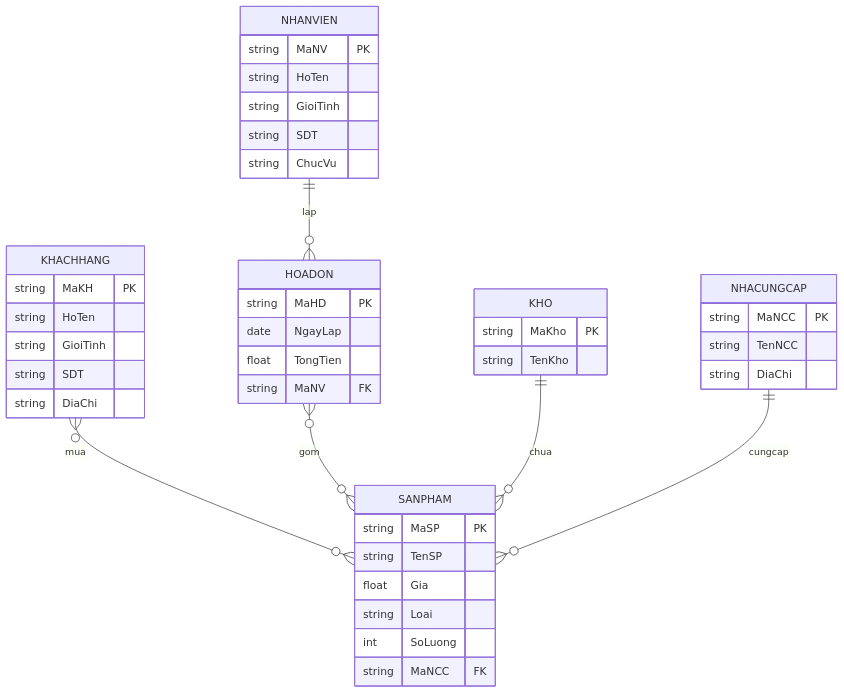
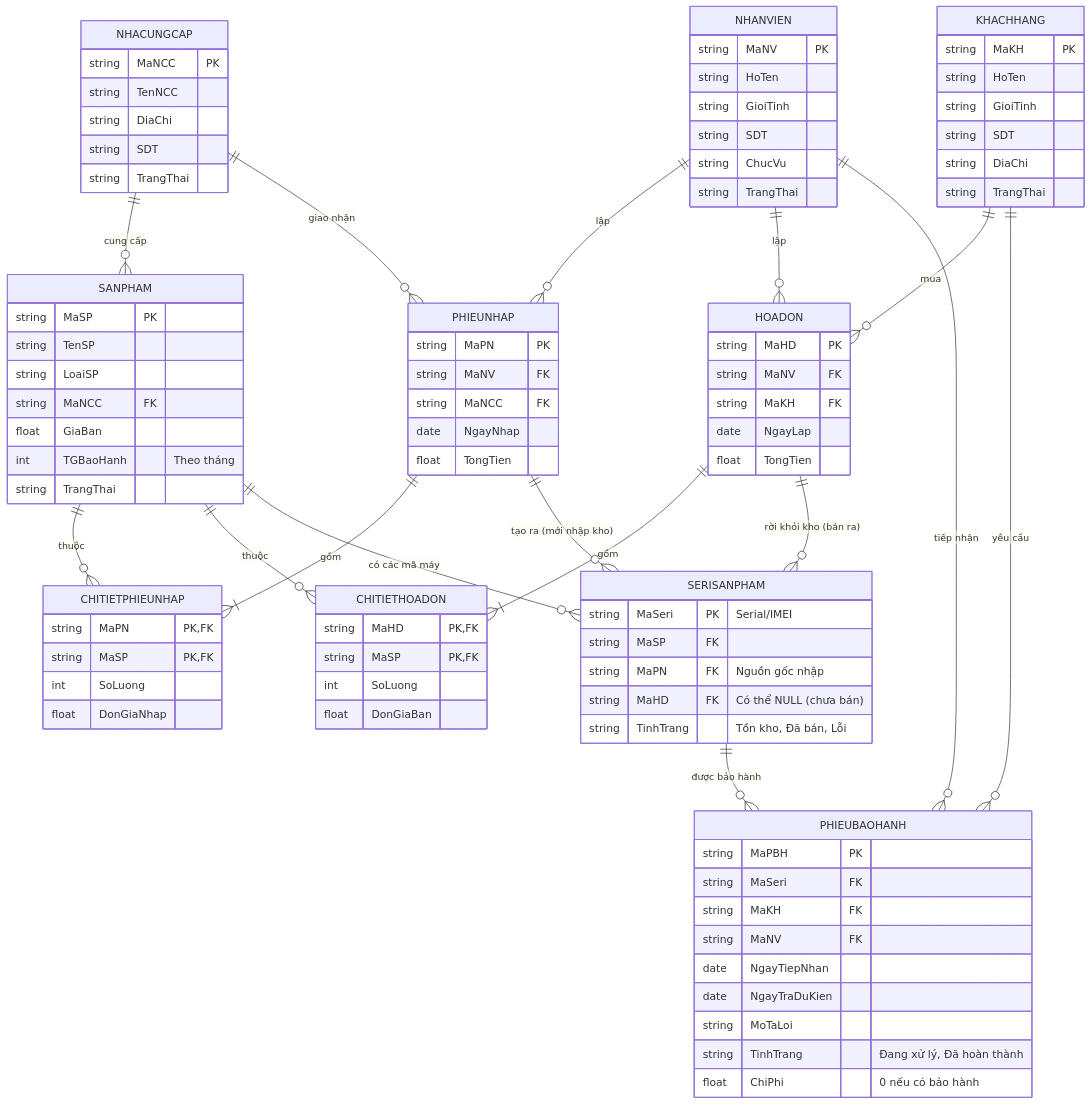
One commit to ngxqn/computer-shop-manager changed the second of 2 diagrams in docs/db-design.md. Above: the diagram before and after it, drawn with Mermaid. The commit also changed other lines of this file and 1 other file, not shown here.

Commit message:
docs(db): refactor database design for computer store upgrade
- normalize relational schema to 3NF and remove many-to-many relationships
- add specialized tables for computer hardware: SERISANPHAM and PHIEUBAOHANH
- update BFD to consolidate warehouse management into a single entity
- remove ordering business logic to simplify core development flow
- provide updated MySQL DDL script with full referential integrity

BREAKING CHANGE: the database schema has been completely redesigned. old mini-supermarket tables are no longer compatible.

````diff
--- a/docs/db-design.md
+++ b/docs/db-design.md
@@ -78,63 +71,106 @@
 ```mermaid
 erDiagram
-
     NHANVIEN {
         string MaNV PK
         string HoTen
         string GioiTinh
         string SDT
         string ChucVu
+        string TrangThai
     }
-
     KHACHHANG {
         string MaKH PK
         string HoTen
         string GioiTinh
         string SDT
         string DiaChi
+        string TrangThai
     }
-
-    SANPHAM {
-        string MaSP PK
-        string TenSP
-        float Gia
-        string Loai
-        int SoLuong
-        string MaNCC FK
-    }
-
-    KHO {
-        string MaKho PK
-        string TenKho
-    }
-
     NHACUNGCAP {
         string MaNCC PK
         string TenNCC
         string DiaChi
+        string SDT
+        string TrangThai
+    }
+    SANPHAM {
+        string MaSP PK
+        string TenSP
+        string LoaiSP
+        string MaNCC FK
+        float GiaBan
+        int TGBaoHanh "Theo tháng"
+        string TrangThai
+    }
+    SERISANPHAM {
+        string MaSeri PK "Serial/IMEI"
+        string MaSP FK
+        string MaPN FK "Nguồn gốc nhập"
+        string MaHD FK "Có thể NULL (chưa bán)"
+        string TinhTrang "Tồn kho, Đã bán, Lỗi"
+    }
+
+    PHIEUNHAP {
+        string MaPN PK
+        string MaNV FK
+        string MaNCC FK
+        date NgayNhap
+        float TongTien
+    }
+    CHITIETPHIEUNHAP {
+        string MaPN PK,FK
+        string MaSP PK,FK
+        int SoLuong
+        float DonGiaNhap
     }
 
     HOADON {
         string MaHD PK
+        string MaNV FK
+        string MaKH FK
         date NgayLap
         float TongTien
-        string MaNV FK
+    }
+    CHITIETHOADON {
+        string MaHD PK,FK
+        string MaSP PK,FK
+        int SoLuong
+        float DonGiaBan
     }
 
-    %% Relationships (crow's foot)
+    PHIEUBAOHANH {
+        string MaPBH PK
+        string MaSeri FK
+        string MaKH FK
+        string MaNV FK
+        date NgayTiepNhan
+        date NgayTraDuKien
+        string MoTaLoi
+        string TinhTrang "Đang xử lý, Đã hoàn thành"
+        float ChiPhi "0 nếu có bảo hành"
+    }
 
-    %% NhanVien lap HoaDon (1 - n)
-    NHANVIEN ||--o{ HOADON : lap
+    %% Relationships
 
-    %% KhachHang mua SanPham (m - n)
-    KHACHHANG }o--o{ SANPHAM : mua
+    NHANVIEN ||--o{ PHIEUNHAP : "lập"
+    NHANVIEN ||--o{ HOADON : "lập"
+    NHANVIEN ||--o{ PHIEUBAOHANH : "tiếp nhận"
 
-    %% HoaDon gom SanPham (m - n)
-    HOADON }o--o{ SANPHAM : gom
+    KHACHHANG ||--o{ HOADON : "mua"
+    KHACHHANG ||--o{ PHIEUBAOHANH : "yêu cầu"
 
-    %% Kho chua SanPham (1 - n)
-    KHO ||--o{ SANPHAM : chua
+    NHACUNGCAP ||--o{ SANPHAM : "cung cấp"
+    NHACUNGCAP ||--o{ PHIEUNHAP : "giao nhận"
 
-    %% NhaCungCap cung cap SanPham (1 - n)
-    NHACUNGCAP ||--o{ SANPHAM : cungcap
+    PHIEUNHAP ||--|{ CHITIETPHIEUNHAP : "gồm"
+    SANPHAM ||--o{ CHITIETPHIEUNHAP : "thuộc"
+
+    HOADON ||--|{ CHITIETHOADON : "gồm"
+    SANPHAM ||--o{ CHITIETHOADON : "thuộc"
+
+    SANPHAM ||--o{ SERISANPHAM : "có các mã máy"
+    PHIEUNHAP ||--o{ SERISANPHAM : "tạo ra (mới nhập kho)"
+    HOADON ||--o{ SERISANPHAM : "rời khỏi kho (bán ra)"
+
+    SERISANPHAM ||--o{ PHIEUBAOHANH : "được bảo hành"
 ```
````
